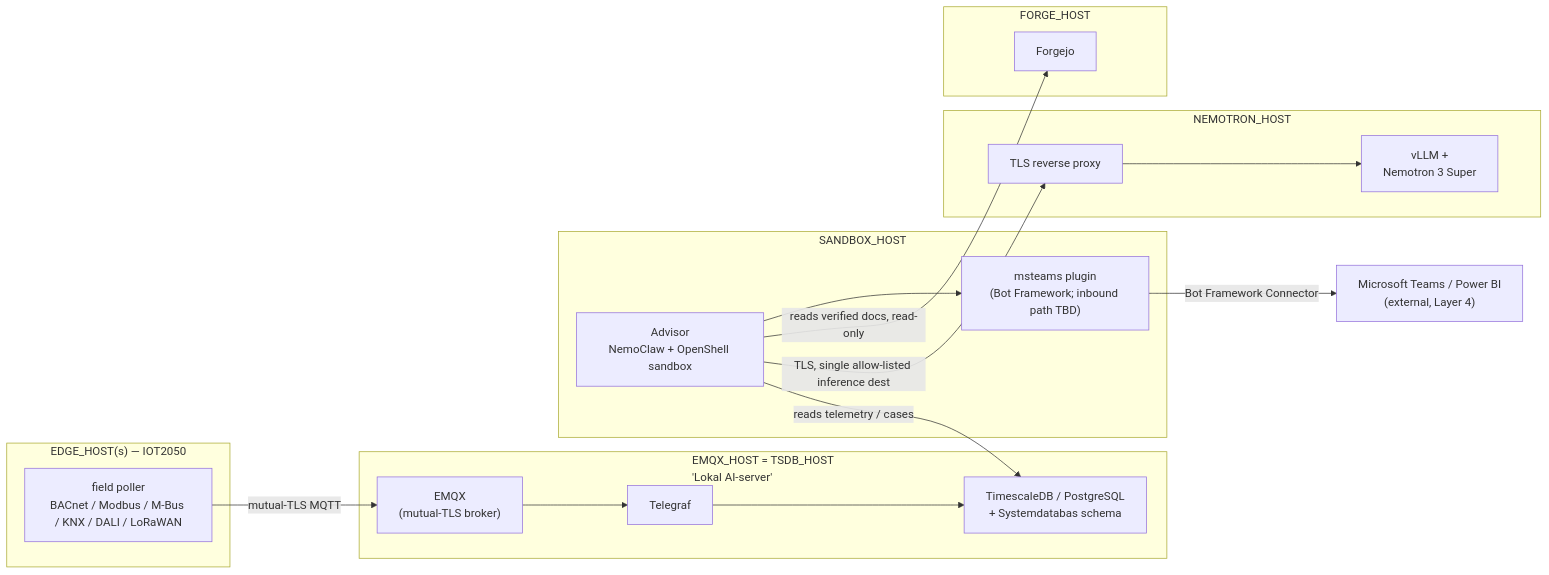
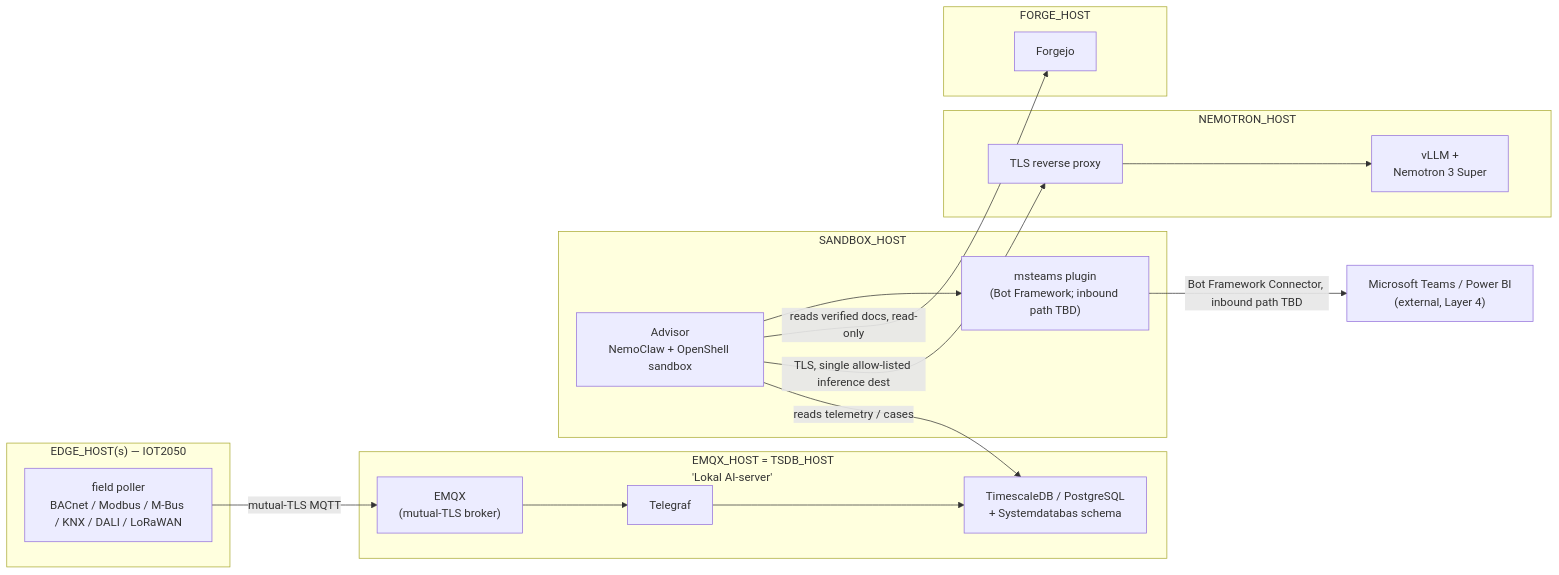
One commit to openAut/main changed the diagram in docs/ARCHITECTURE.md. Above: the diagram before and after it, drawn with Mermaid.

Commit message:
docs: mark inbound path as open on the Teams connector edge too
The TB node already said "(Bot Framework; inbound path TBD)" but the
edge label into Teams read as settled. Carry the same caveat onto the
edge so the diagram doesn't imply the inbound question is resolved.

Claude-Session: https://claude.ai/code/session_01D3L3vkzbnCkYRhPvst5wgH

````diff
--- a/docs/ARCHITECTURE.md
+++ b/docs/ARCHITECTURE.md
@@ -83,33 +83,33 @@
 ```mermaid
 flowchart LR
     subgraph EDGE["EDGE_HOST(s) — IOT2050"]
         IOT["field poller<br/>BACnet / Modbus / M-Bus / KNX / DALI / LoRaWAN"]
     end
 
     subgraph AITIER["EMQX_HOST = TSDB_HOST<br/>'Lokal AI-server'"]
         EMQX["EMQX<br/>(mutual-TLS broker)"]
         TELE["Telegraf"]
         TSDB["TimescaleDB / PostgreSQL<br/>+ Systemdatabas schema"]
         EMQX --> TELE --> TSDB
     end
 
     subgraph SANDBOXH["SANDBOX_HOST"]
         ADV["Advisor<br/>NemoClaw + OpenShell sandbox"]
         TB["msteams plugin<br/>(Bot Framework; inbound path TBD)"]
     end
 
     subgraph GPU["NEMOTRON_HOST"]
         PROXY["TLS reverse proxy"] --> VLLM["vLLM +<br/>Nemotron 3 Super"]
     end
 
     subgraph FORGEH["FORGE_HOST"]
         FORGE["Forgejo"]
     end
 
     IOT -->|mutual-TLS MQTT| EMQX
     ADV -->|reads telemetry / cases| TSDB
     ADV -->|TLS, single allow-listed inference dest| PROXY
     ADV -->|reads verified docs, read-only| FORGE
     ADV --> TB
-    TB -->|Bot Framework Connector| TEAMS["Microsoft Teams / Power BI<br/>(external, Layer 4)"]
+    TB -->|Bot Framework Connector, inbound path TBD| TEAMS["Microsoft Teams / Power BI<br/>(external, Layer 4)"]
 ```
````
